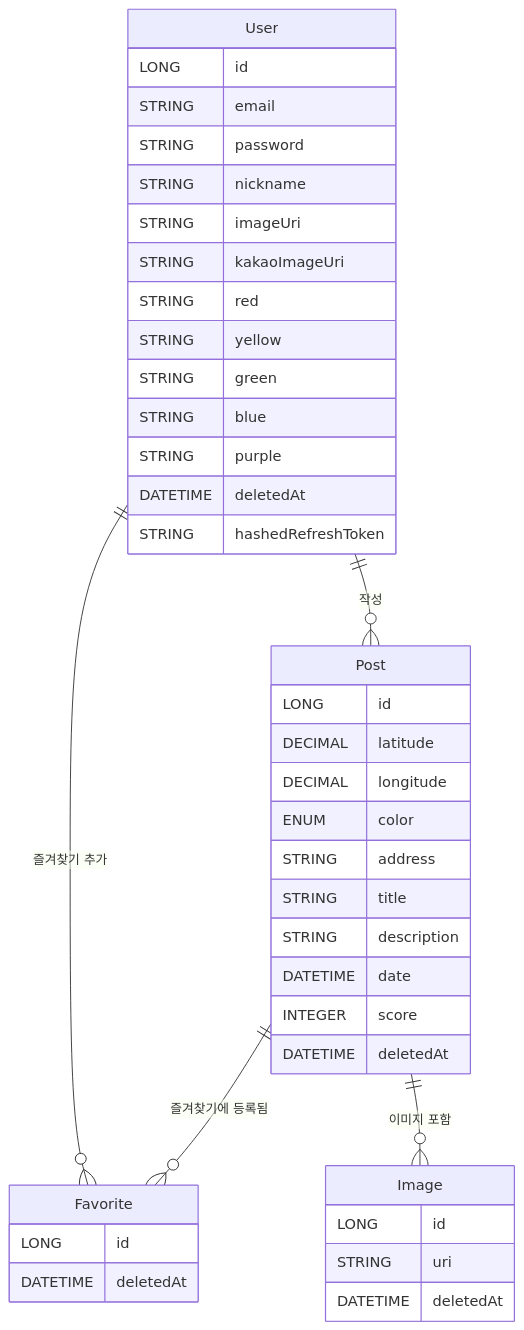
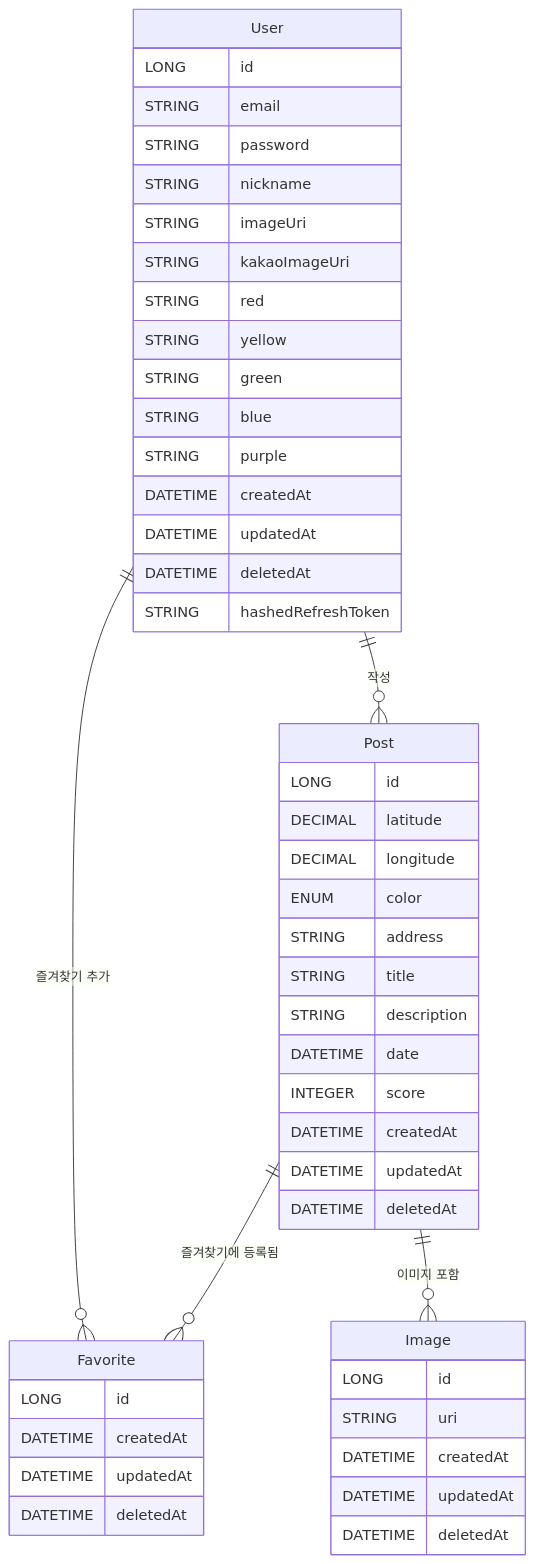
The first of 3 diagrams in readme.md (beginner0107/Foody), drawn with Mermaid before and after one commit.

Commit message:
#5 ERD 업데이트
필수 컬럼인 createdAt과 updatedAt이 누락되었었다.

````diff
--- a/readme.md
+++ b/readme.md
@@ -38,47 +38,55 @@
 ```mermaid
 erDiagram
     User ||--o{ Post : "작성"
     User ||--o{ Favorite : "즐겨찾기 추가"
     Post ||--o{ Favorite : "즐겨찾기에 등록됨"
     Post ||--o{ Image : "이미지 포함"
 
     User {
         LONG id
         STRING email
         STRING password
         STRING nickname
         STRING imageUri
         STRING kakaoImageUri
         STRING red
         STRING yellow
         STRING green
         STRING blue
         STRING purple
+        DATETIME createdAt
+        DATETIME updatedAt
         DATETIME deletedAt
         STRING hashedRefreshToken
     }
 
     Post {
         LONG id
         DECIMAL latitude
         DECIMAL longitude
         ENUM color
         STRING address
         STRING title
         STRING description
         DATETIME date
         INTEGER score
+        DATETIME createdAt
+        DATETIME updatedAt
         DATETIME deletedAt
     }
 
     Favorite {
         LONG id
+        DATETIME createdAt
+        DATETIME updatedAt
         DATETIME deletedAt
     }
 
     Image {
         LONG id
         STRING uri
+        DATETIME createdAt
+        DATETIME updatedAt
         DATETIME deletedAt
     }
 ```
````
